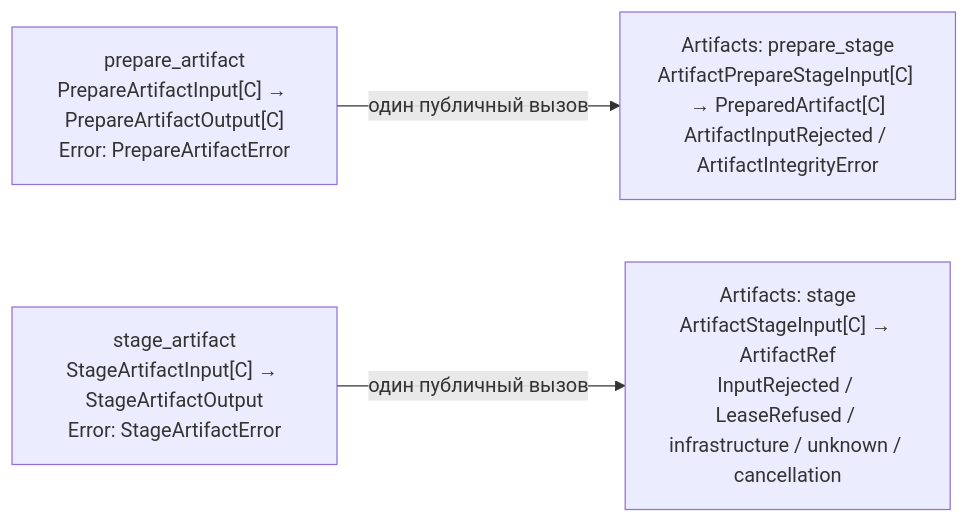
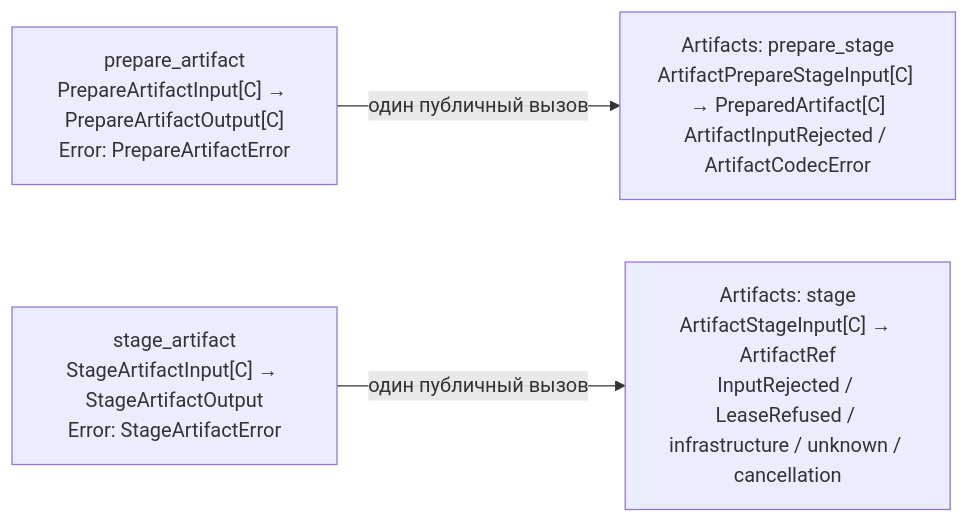
The diagram in .cursor/plans/gen-dag-artifacts-node-contracts.md (AndrewBondaren/AI-Project), drawn with Mermaid before and after one commit. The commit also changed other lines of this file and 22 other files, not shown here.

````diff
--- a/.cursor/plans/gen-dag-artifacts-node-contracts.md
+++ b/.cursor/plans/gen-dag-artifacts-node-contracts.md
@@ -67,9 +67,9 @@
 ```mermaid
 flowchart LR
   P["prepare_artifact<br/>PrepareArtifactInput[C] → PrepareArtifactOutput[C]<br/>Error: PrepareArtifactError"]
-  PP["Artifacts: prepare_stage<br/>ArtifactPrepareStageInput[C] → PreparedArtifact[C]<br/>ArtifactInputRejected / ArtifactIntegrityError"]
+  PP["Artifacts: prepare_stage<br/>ArtifactPrepareStageInput[C] → PreparedArtifact[C]<br/>ArtifactInputRejected / ArtifactCodecError"]
   S["stage_artifact<br/>StageArtifactInput[C] → StageArtifactOutput<br/>Error: StageArtifactError"]
   SP["Artifacts: stage<br/>ArtifactStageInput[C] → ArtifactRef<br/>InputRejected / LeaseRefused / infrastructure / unknown / cancellation"]
   P -->|"один публичный вызов"| PP
   S -->|"один публичный вызов"| SP
 ```
````
